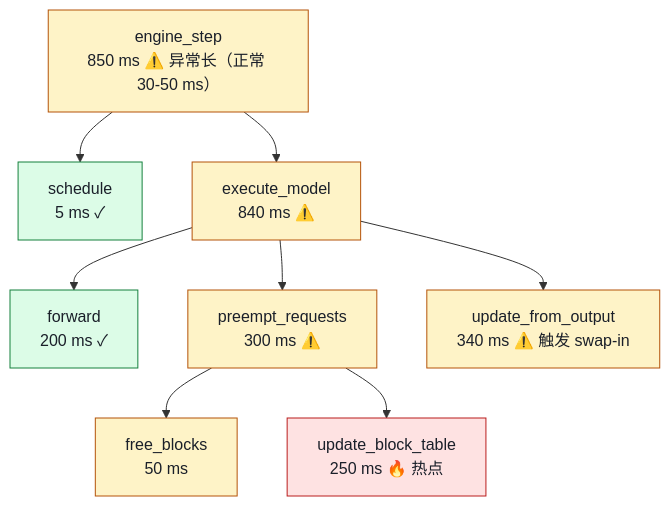
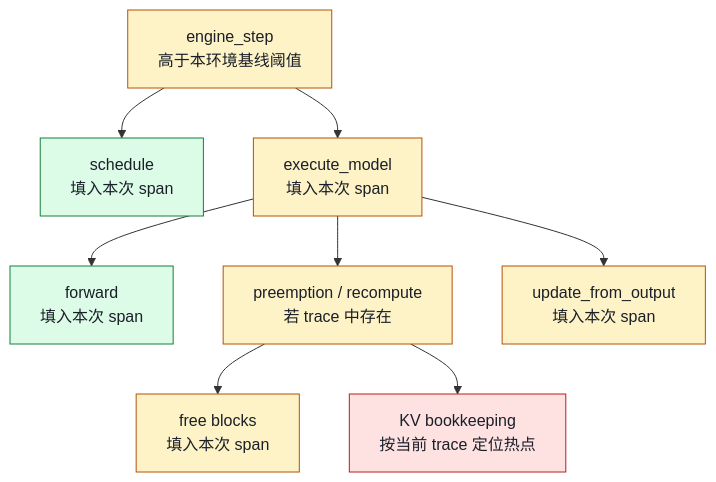
Before and after one commit to jwzheng96/vllm-learning-book: the diagram in 07-hands-on/04-profiling-and-debugging.md, drawn with Mermaid. The commit also changed other lines of this file and 6 other files, not shown here.

````diff
--- a/07-hands-on/04-profiling-and-debugging.md
+++ b/07-hands-on/04-profiling-and-debugging.md
@@ -477,18 +485,18 @@
 ```mermaid
 flowchart TD
-    R["engine_step<br/>850 ms ⚠️ 异常长（正常 30-50 ms）"]
-    R --> S["schedule<br/>5 ms ✓"]
-    R --> E["execute_model<br/>840 ms ⚠️"]
-    E --> F["forward<br/>200 ms ✓"]
-    E --> P["preempt_requests<br/>300 ms ⚠️"]
-    E --> U["update_from_output<br/>340 ms ⚠️ 触发 swap-in"]
-    P --> FB["free_blocks<br/>50 ms"]
-    P --> UB["update_block_table<br/>250 ms 🔥 热点"]
+    R["engine_step<br/>高于本环境基线阈值"]
+    R --> S["schedule<br/>填入本次 span"]
+    R --> E["execute_model<br/>填入本次 span"]
+    E --> F["forward<br/>填入本次 span"]
+    E --> P["preemption / recompute<br/>若 trace 中存在"]
+    E --> U["update_from_output<br/>填入本次 span"]
+    P --> FB["free blocks<br/>填入本次 span"]
+    P --> UB["KV bookkeeping<br/>按当前 trace 定位热点"]
 
     classDef ok fill:#dcfce7,stroke:#15803d,color:#1a1f29;
     classDef warn fill:#fef3c7,stroke:#b45309,color:#1a1f29;
     classDef hot fill:#fee2e2,stroke:#b91c1c,color:#1a1f29;
     class S,F ok;
     class R,E,P,U,FB warn;
     class UB hot;
 ```
````
